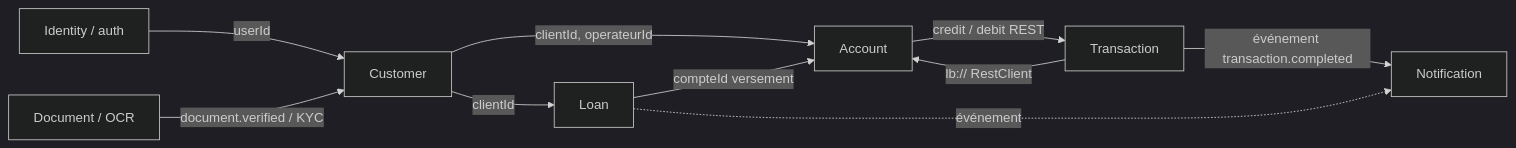
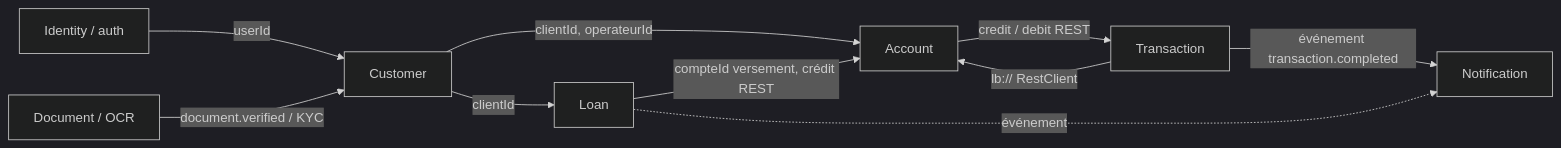
One commit to kemzang/banking-backend changed the diagram in docs/01-analyse-ddd.md. Above: the diagram before and after it, drawn with Mermaid (dark theme). The commit also changed other lines of this file and 12 other files, not shown here.

````diff
--- a/docs/01-analyse-ddd.md
+++ b/docs/01-analyse-ddd.md
@@ -54,12 +54,12 @@
 ```mermaid
 flowchart LR
     AUTH[Identity / auth] -->|userId| CUST[Customer]
     CUST -->|clientId, operateurId| ACC[Account]
     CUST -->|clientId| LOAN[Loan]
     ACC -->|credit / debit REST| TX[Transaction]
     TX -->|lb:// RestClient| ACC
-    LOAN -->|compteId versement| ACC
+    LOAN -->|compteId versement, crédit REST| ACC
     DOC[Document / OCR] -->|document.verified / KYC| CUST
     TX -->|événement transaction.completed| NOTIF[Notification]
     LOAN -.événement.-> NOTIF
 ```
````
